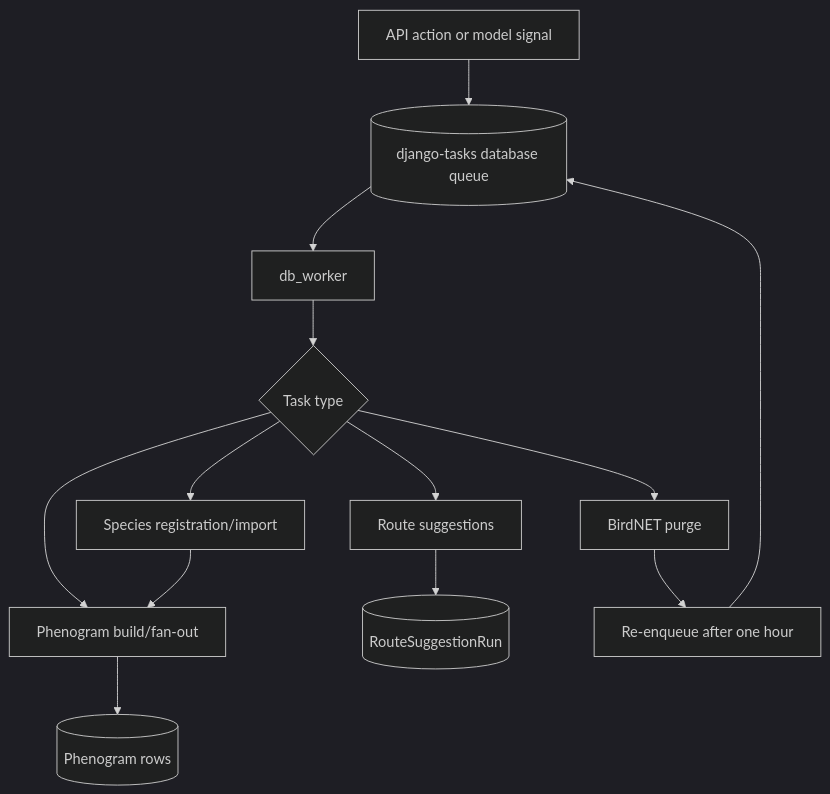
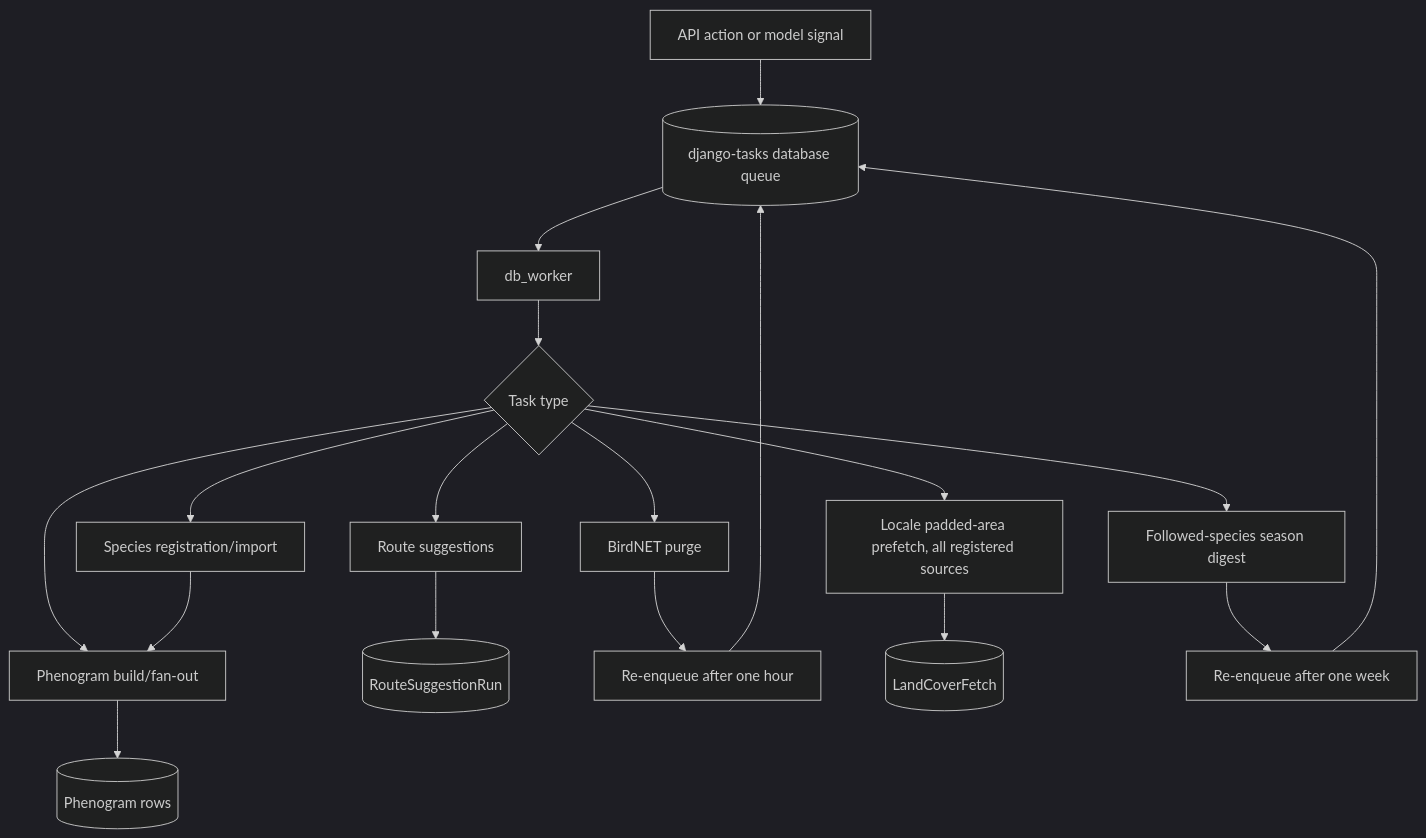
Before and after one commit to FridaMerell/origo-api: the diagram in docs/tempus/background-tasks.md, drawn with Mermaid (dark theme). The commit also changed other lines of this file and 59 other files, not shown here.

````diff
--- a/docs/tempus/background-tasks.md
+++ b/docs/tempus/background-tasks.md
@@ -29,15 +31,20 @@
 ```mermaid
 flowchart TD
     A[API action or model signal] --> B[(django-tasks database queue)]
     B --> C[db_worker]
     C --> D{Task type}
     D --> E[Species registration/import]
     D --> F[Phenogram build/fan-out]
     D --> G[Route suggestions]
     D --> H[BirdNET purge]
+    D --> L[Locale padded-area prefetch, all registered sources]
+    D --> M[Followed-species season digest]
     E --> F
     F --> I[(Phenogram rows)]
     G --> J[(RouteSuggestionRun)]
     H --> K[Re-enqueue after one hour]
     K --> B
+    L --> N[(LandCoverFetch)]
+    M --> O[Re-enqueue after one week]
+    O --> B
 ```
````
